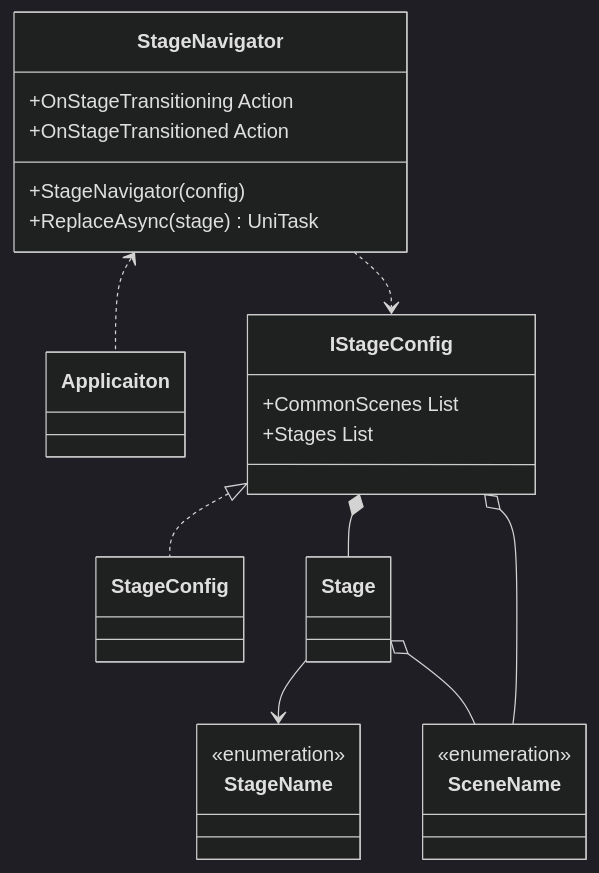
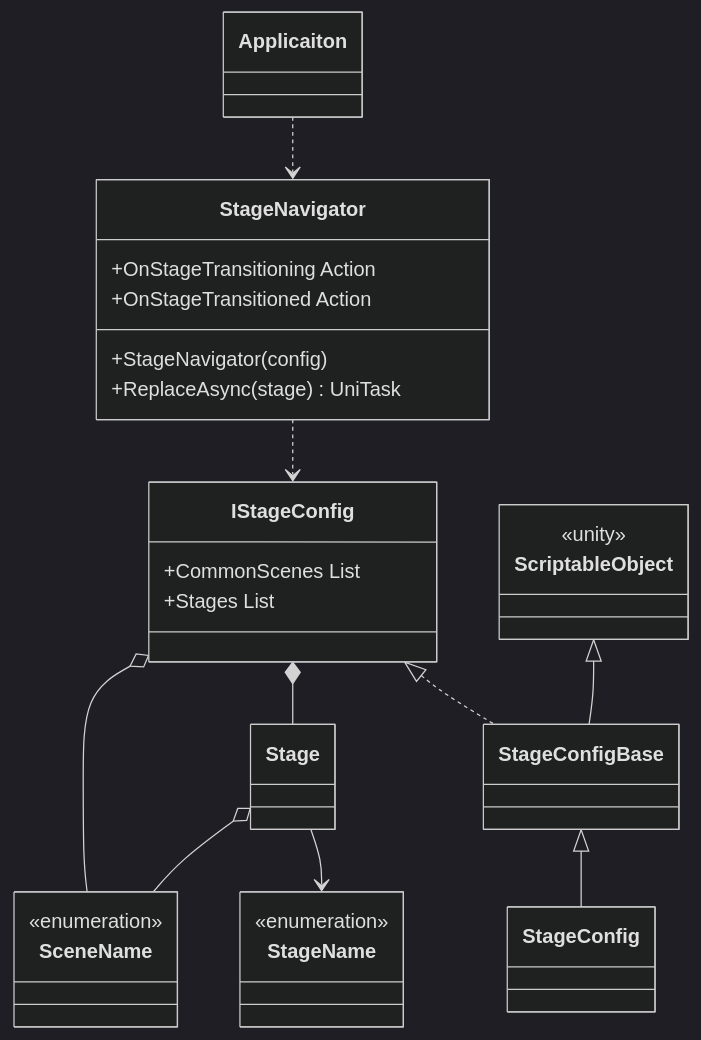
Before and after one commit to extreal-dev/Extreal.Guide: the first of 2 diagrams in docs/core/stage-navigation.md, drawn with Mermaid (dark theme). The commit also changed other lines of this file, not shown here.

Commit message:
IStageConfigの実装クラスは同じ実装になるのでBaseクラスを提供

````diff
--- a/docs/core/stage-navigation.md
+++ b/docs/core/stage-navigation.md
@@ -27,40 +27,50 @@
 ```mermaid
 classDiagram
 
-    StageNavigator <.. Applicaiton
+    Applicaiton ..> StageNavigator
     StageNavigator ..> IStageConfig
-    IStageConfig <|.. StageConfig
+    IStageConfig <|.. StageConfigBase
+    StageConfigBase <|-- StageConfig
+    ScriptableObject <|-- StageConfigBase
     IStageConfig *-- Stage
     IStageConfig o-- SceneName
     Stage --> StageName
     Stage o-- SceneName
 
     class Applicaiton {
     }
 
     class StageName {
         <<enumeration>>
     }
 
     class SceneName {
         <<enumeration>>
     }
 
     class StageConfig {
     }
 
     class StageNavigator {
         +OnStageTransitioning Action
         +OnStageTransitioned Action
         +StageNavigator(config)
         +ReplaceAsync(stage) UniTask
     }
 
     class IStageConfig {
         +CommonScenes List
         +Stages List
     }
 
+    class StageConfigBase {
+        
+    }
+
+    class ScriptableObject {
+        <<unity>>
+    }
+
     class Stage {
     }
 ```
````
